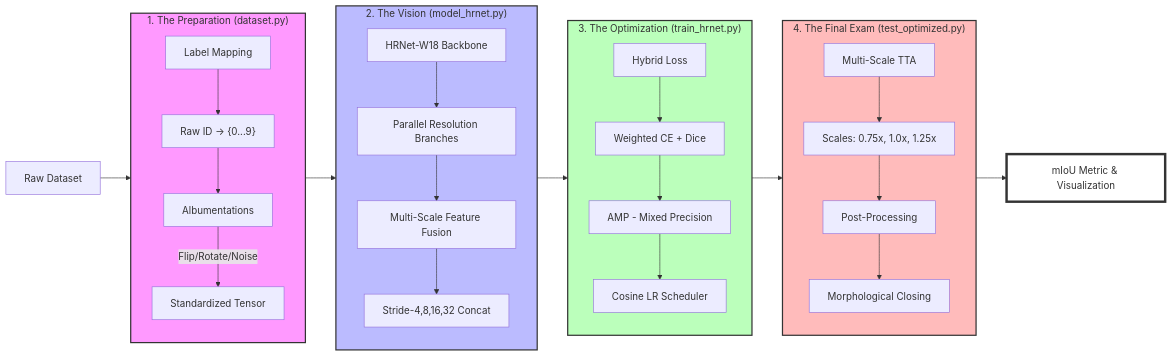
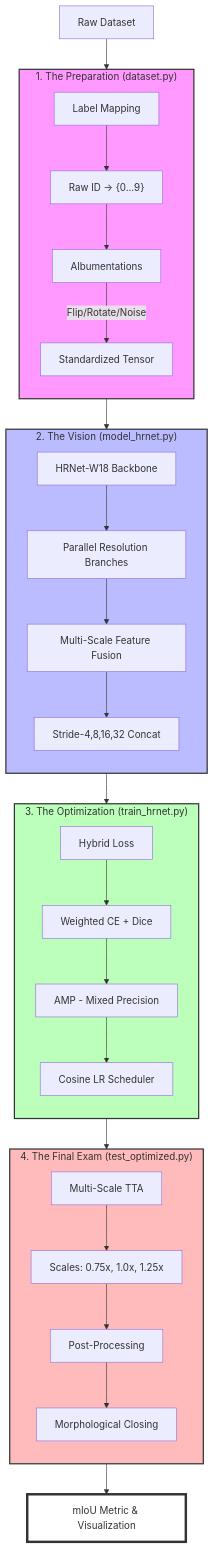
The diagram in README.md (Bit-Blitz/Falcon-Segmentation-Model), drawn with Mermaid before and after one commit.

Commit message:
switch README flowchart back to vertical top-down layout

````diff
--- a/README.md
+++ b/README.md
@@ -19,48 +19,48 @@
 ```mermaid
-graph LR
+graph TD
     %% Data Flow
-    Input[Raw Dataset] --> Prep
+    Input["Raw Dataset"] --> Prep
     
     subgraph Prep ["1. The Preparation (dataset.py)"]
         direction TB
         L1["Label Mapping"] --> L2["Raw ID -> {0...9}"]
         L2 --> Aug["Albumentations"]
         Aug -->|"Flip/Rotate/Noise"| Norm["Standardized Tensor"]
     end
 
     Prep --> Brain
     
     subgraph Brain ["2. The Vision (model_hrnet.py)"]
         direction TB
         H1["HRNet-W18 Backbone"] --> H2["Parallel Resolution Branches"]
         H2 --> H3["Multi-Scale Feature Fusion"]
         H3 --> H4["Stride-4,8,16,32 Concat"]
     end
 
     Brain --> Train
     
     subgraph Train ["3. The Optimization (train_hrnet.py)"]
         direction TB
         O1["Hybrid Loss"] --> O2["Weighted CE + Dice"]
         O2 --> O3["AMP - Mixed Precision"]
         O3 --> O4["Cosine LR Scheduler"]
     end
 
     Train --> Inference
     
     subgraph Inference ["4. The Final Exam (test_optimized.py)"]
         direction TB
         F1["Multi-Scale TTA"] --> F2["Scales: 0.75x, 1.0x, 1.25x"]
         F2 --> F3["Post-Processing"]
         F3 --> F4["Morphological Closing"]
     end
 
     Inference --> Res[mIoU Metric & Visualization]
 
     %% Styling
     style Prep fill:#f9f,stroke:#333,stroke-width:2px
     style Brain fill:#bbf,stroke:#333,stroke-width:2px
     style Train fill:#bfb,stroke:#333,stroke-width:2px
     style Inference fill:#fbb,stroke:#333,stroke-width:2px
     style Res fill:#fff,stroke:#333,stroke-width:4px
 ```
````
